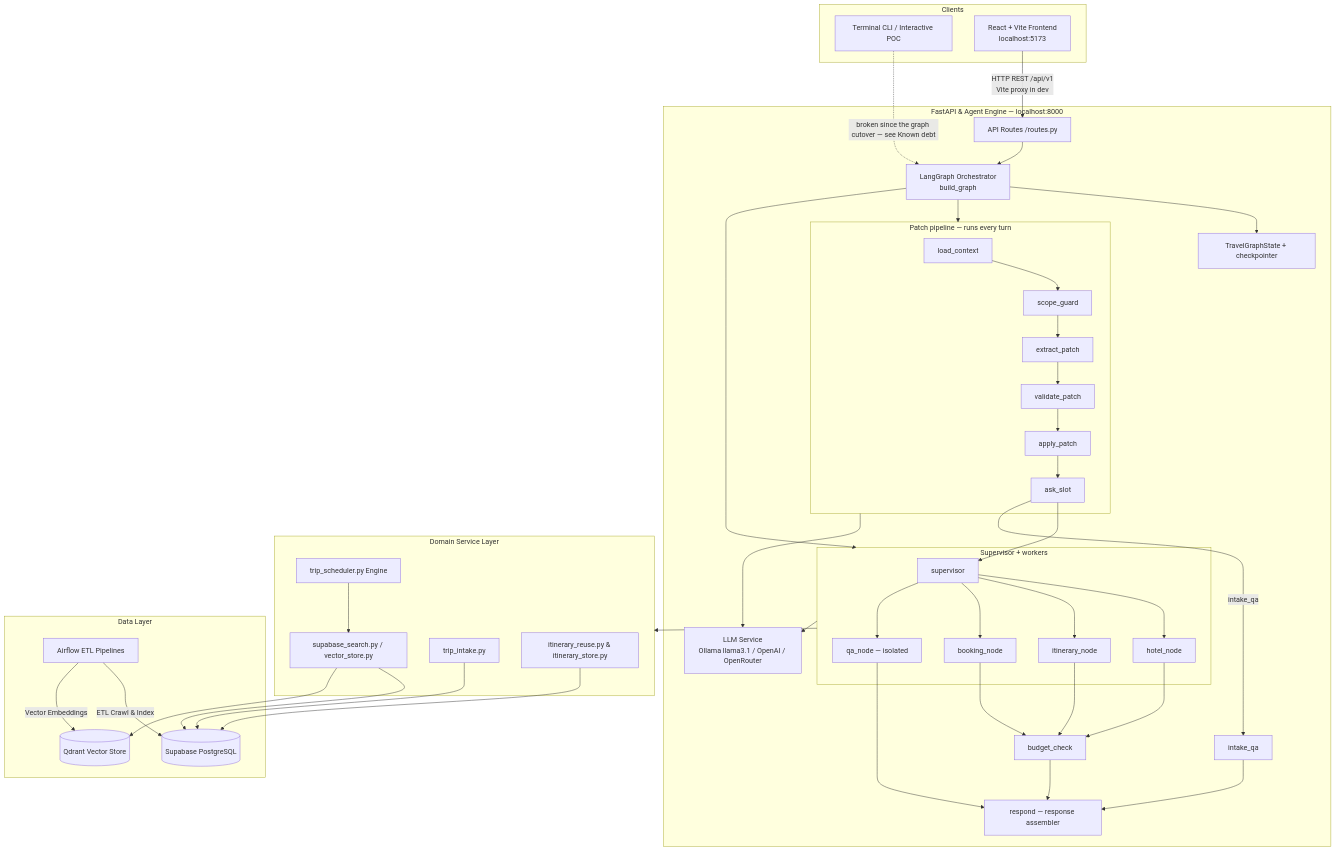
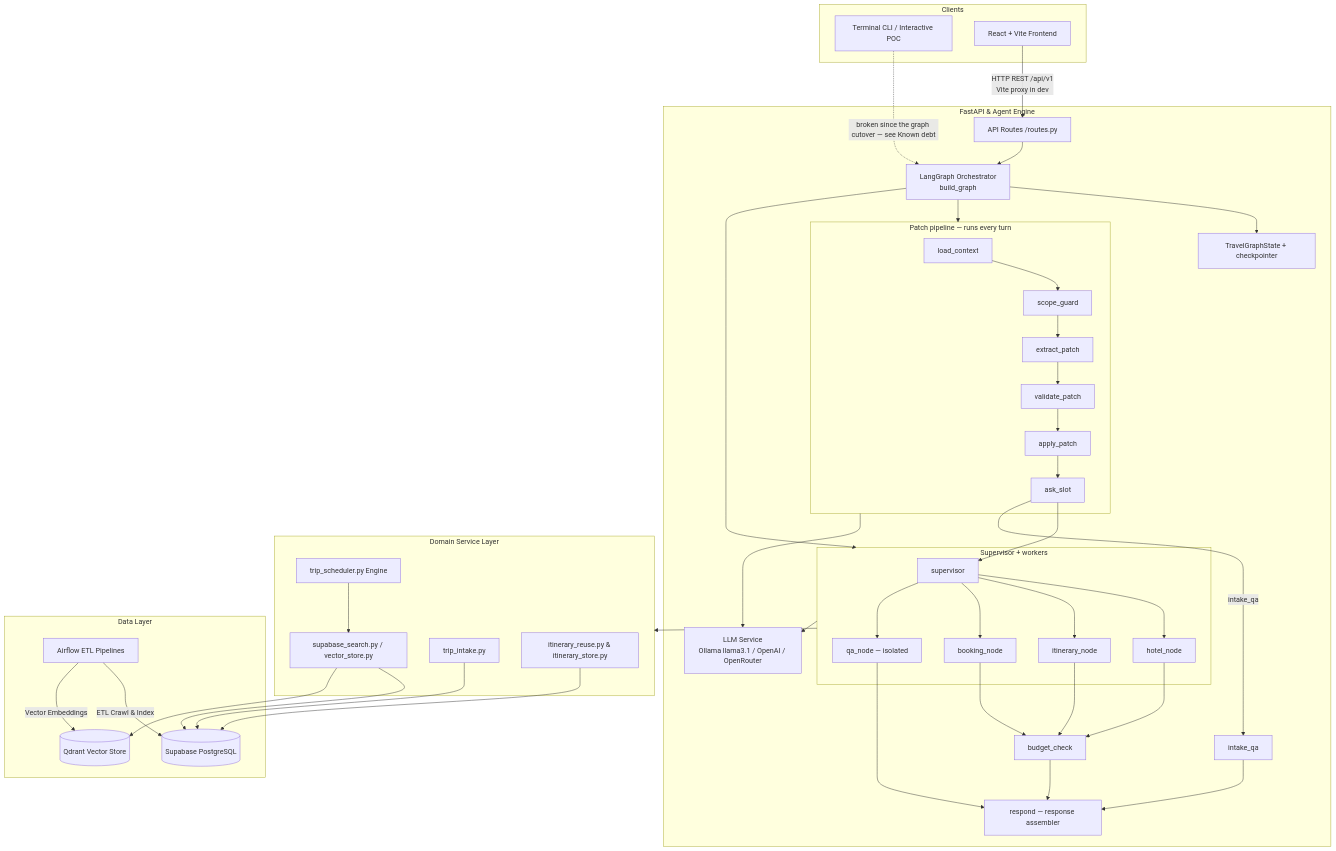
The first of 2 diagrams in ARCHITECTURE.md (0infinitive0/VSF-Intern-project), drawn with Mermaid before and after one commit. The commit also changed other lines of this file and 25 other files, not shown here.

````diff
--- a/ARCHITECTURE.md
+++ b/ARCHITECTURE.md
@@ -9,70 +9,70 @@
 ```mermaid
 graph TB
     subgraph Clients
         CLI[Terminal CLI / Interactive POC]
-        UI[React + Vite Frontend<br/>localhost:5173]
+        UI[React + Vite Frontend]
     end
 
-    subgraph Backend[FastAPI & Agent Engine — localhost:8000]
+    subgraph Backend[FastAPI & Agent Engine]
         API[API Routes /routes.py]
         Agent[LangGraph Orchestrator<br/>build_graph]
         State[TravelGraphState + checkpointer]
         LLM[LLM Service<br/>Ollama llama3.1 / OpenAI / OpenRouter]
 
         subgraph Pipeline[Patch pipeline — runs every turn]
             LoadCtx[load_context] --> Scope[scope_guard]
             Scope --> Extract[extract_patch]
             Extract --> Validate[validate_patch]
             Validate --> Apply[apply_patch]
             Apply --> AskSlot[ask_slot]
         end
 
         subgraph Workers[Supervisor + workers]
             Sup[supervisor]
             Sup --> Hotel[hotel_node]
             Sup --> Itin[itinerary_node]
             Sup --> Booking[booking_node]
             Sup --> QA[qa_node — isolated]
         end
 
         AskSlot --> Sup
         AskSlot -->|intake_qa| IntakeQA[intake_qa]
         Hotel --> Budget[budget_check]
         Itin --> Budget
         Booking --> Budget
         Budget --> Respond[respond — response assembler]
         QA --> Respond
         IntakeQA --> Respond
     end
 
     subgraph Services[Domain Service Layer]
         IntakeSvc[trip_intake.py]
         SearchSvc[supabase_search.py / vector_store.py]
         ReuseSvc[itinerary_reuse.py & itinerary_store.py]
         SchedSvc[trip_scheduler.py Engine]
     end
 
     subgraph Data[Data Layer]
         DB[(Supabase PostgreSQL)]
         Qdrant[(Qdrant Vector Store)]
         Airflow[Airflow ETL Pipelines]
     end
 
     CLI -.->|broken since the graph cutover — see Known debt| Agent
     UI -->|HTTP REST /api/v1<br/>Vite proxy in dev| API
     API --> Agent
     Agent --> State
     Agent --> Pipeline
     Agent --> Workers
     Workers --> LLM
     Workers --> Services
     Pipeline --> LLM
     
     IntakeSvc --> DB
     SearchSvc --> DB
     SearchSvc --> Qdrant
     ReuseSvc --> DB
     SchedSvc --> SearchSvc
     Airflow -->|ETL Crawl & Index| DB
     Airflow -->|Vector Embeddings| Qdrant
 ```
````
